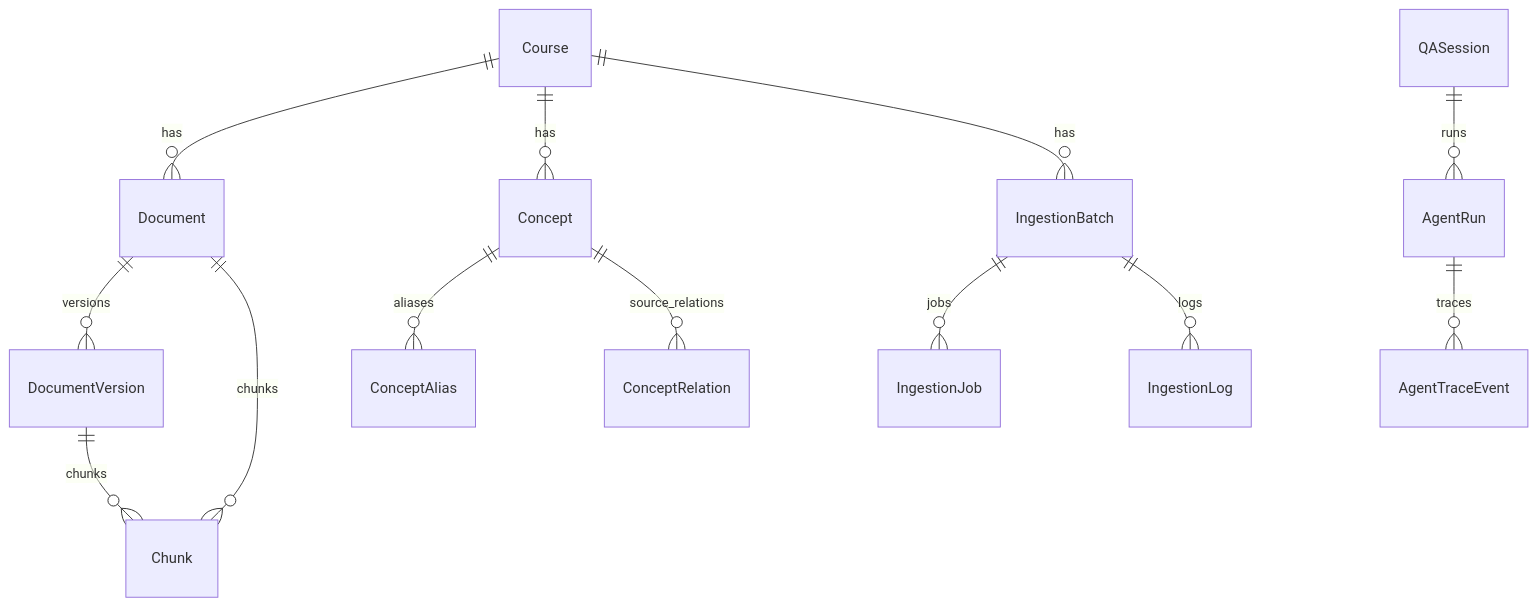
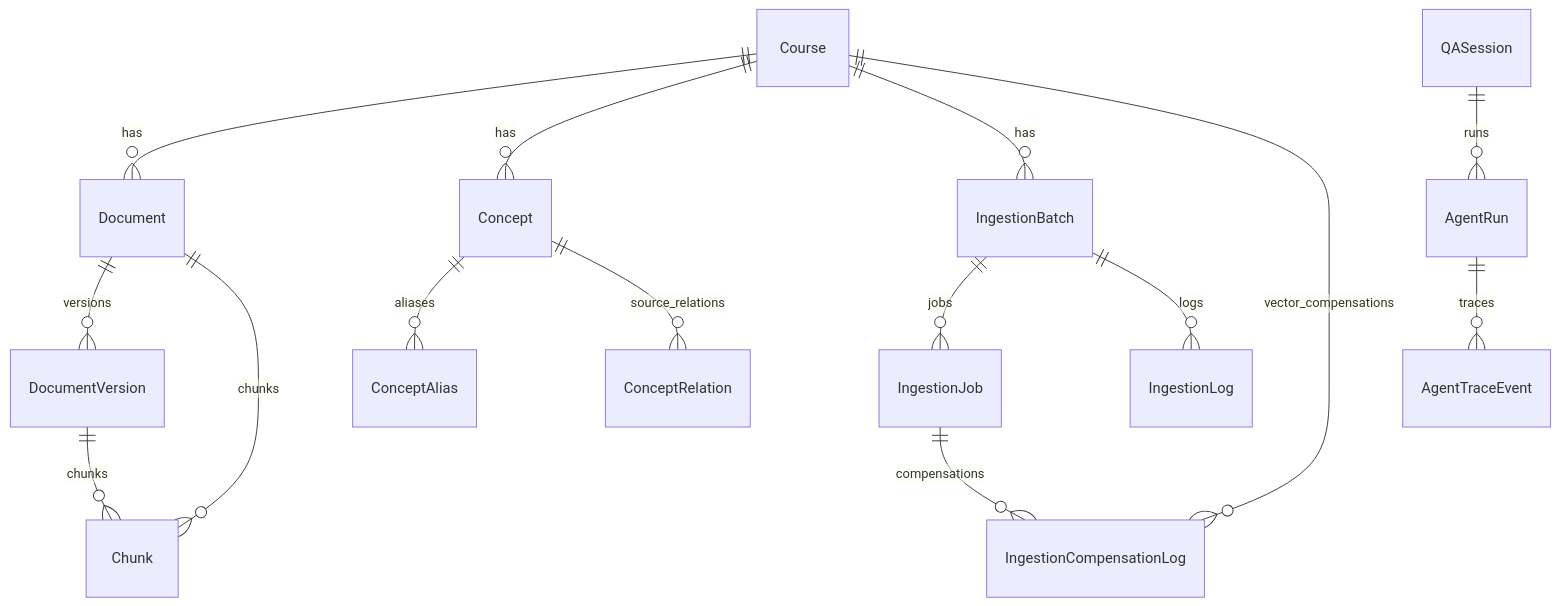
One commit to Sggggt/DialoGraph changed the second of 6 diagrams in README.md. Above: the diagram before and after it, drawn with Mermaid. The commit also changed other lines of this file and 32 other files, not shown here.

Commit message:
feat: 恢复了某些事务的ACID特性，增加GraphRAG架构，支持图增强检索

````diff
--- a/README.md
+++ b/README.md
@@ -63,15 +69,17 @@
 ```mermaid
 erDiagram
     Course ||--o{ Document : has
     Course ||--o{ Concept : has
     Course ||--o{ IngestionBatch : has
     Document ||--o{ DocumentVersion : versions
     Document ||--o{ Chunk : chunks
     DocumentVersion ||--o{ Chunk : chunks
     Concept ||--o{ ConceptAlias : aliases
     Concept ||--o{ ConceptRelation : source_relations
     IngestionBatch ||--o{ IngestionJob : jobs
     IngestionBatch ||--o{ IngestionLog : logs
+    IngestionJob ||--o{ IngestionCompensationLog : compensations
+    Course ||--o{ IngestionCompensationLog : vector_compensations
     QASession ||--o{ AgentRun : runs
     AgentRun ||--o{ AgentTraceEvent : traces
 ```
````
